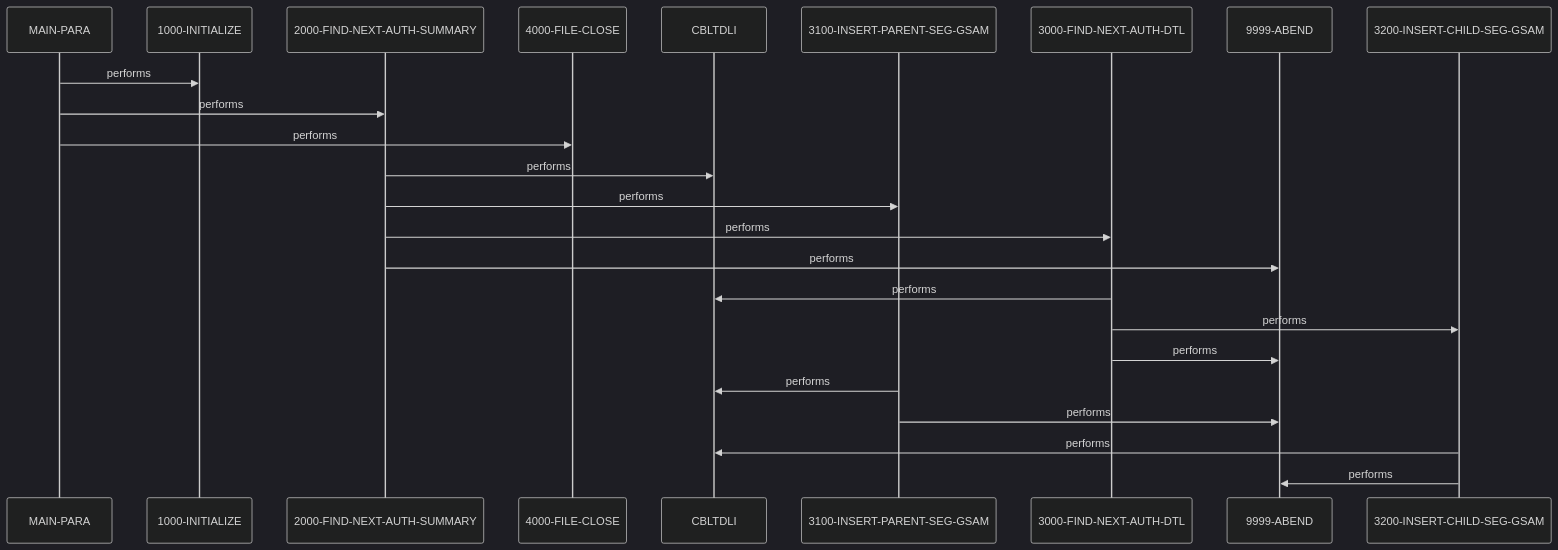
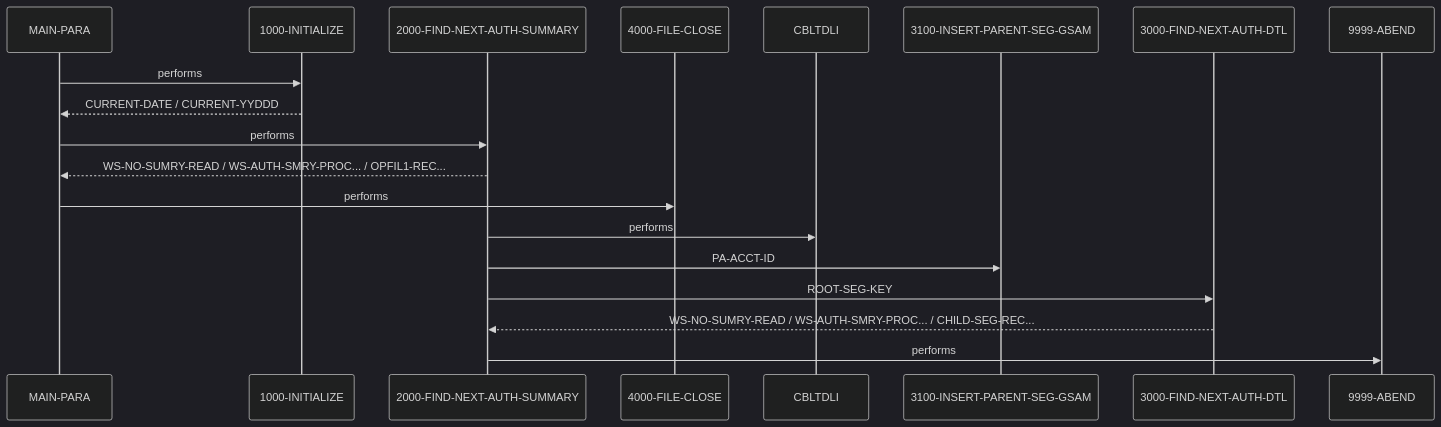
One commit to andrasfe/war_rig changed the diagram in example_output/cbl/DBUNLDGS.CBL.md. Above: the diagram before and after it, drawn with Mermaid (dark theme). The commit also changed other lines of this file and 223 other files, not shown here.

````diff
--- a/example_output/cbl/DBUNLDGS.CBL.md
+++ b/example_output/cbl/DBUNLDGS.CBL.md
@@ -224,26 +144,21 @@
 ```mermaid
 sequenceDiagram
     participant MAIN_PARA as MAIN-PARA
     participant 1000_INITIALIZE as 1000-INITIALIZE
     participant 2000_FIND_NEXT_AUTH_SUMMARY as 2000-FIND-NEXT-AUTH-SUMMARY
     participant 4000_FILE_CLOSE as 4000-FILE-CLOSE
     participant CBLTDLI as CBLTDLI
     participant 3100_INSERT_PARENT_SEG_GSAM as 3100-INSERT-PARENT-SEG-GSAM
     participant 3000_FIND_NEXT_AUTH_DTL as 3000-FIND-NEXT-AUTH-DTL
     participant 9999_ABEND as 9999-ABEND
-    participant 3200_INSERT_CHILD_SEG_GSAM as 3200-INSERT-CHILD-SEG-GSAM
     MAIN_PARA->>1000_INITIALIZE: performs
+    1000_INITIALIZE-->>MAIN_PARA: CURRENT-DATE / CURRENT-YYDDD
     MAIN_PARA->>2000_FIND_NEXT_AUTH_SUMMARY: performs
+    2000_FIND_NEXT_AUTH_SUMMARY-->>MAIN_PARA: WS-NO-SUMRY-READ / WS-AUTH-SMRY-PROC... / OPFIL1-REC...
     MAIN_PARA->>4000_FILE_CLOSE: performs
     2000_FIND_NEXT_AUTH_SUMMARY->>CBLTDLI: performs
-    2000_FIND_NEXT_AUTH_SUMMARY->>3100_INSERT_PARENT_SEG_GSAM: performs
-    2000_FIND_NEXT_AUTH_SUMMARY->>3000_FIND_NEXT_AUTH_DTL: performs
+    2000_FIND_NEXT_AUTH_SUMMARY->>3100_INSERT_PARENT_SEG_GSAM: PA-ACCT-ID
+    2000_FIND_NEXT_AUTH_SUMMARY->>3000_FIND_NEXT_AUTH_DTL: ROOT-SEG-KEY
+    3000_FIND_NEXT_AUTH_DTL-->>2000_FIND_NEXT_AUTH_SUMMARY: WS-NO-SUMRY-READ / WS-AUTH-SMRY-PROC... / CHILD-SEG-REC...
     2000_FIND_NEXT_AUTH_SUMMARY->>9999_ABEND: performs
-    3000_FIND_NEXT_AUTH_DTL->>CBLTDLI: performs
-    3000_FIND_NEXT_AUTH_DTL->>3200_INSERT_CHILD_SEG_GSAM: performs
-    3000_FIND_NEXT_AUTH_DTL->>9999_ABEND: performs
-    3100_INSERT_PARENT_SEG_GSAM->>CBLTDLI: performs
-    3100_INSERT_PARENT_SEG_GSAM->>9999_ABEND: performs
-    3200_INSERT_CHILD_SEG_GSAM->>CBLTDLI: performs
-    3200_INSERT_CHILD_SEG_GSAM->>9999_ABEND: performs
 ```
````
